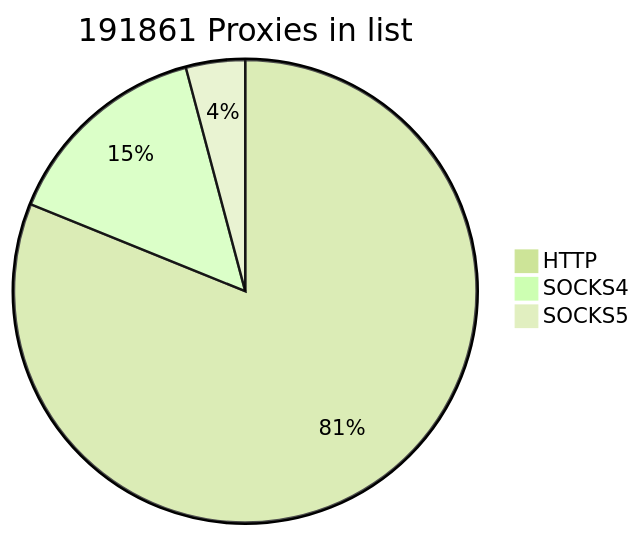
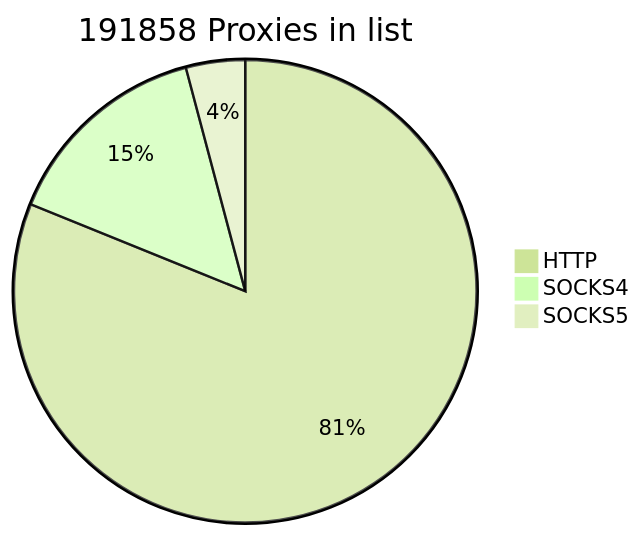
The first of 2 diagrams in README.md (cutipu/proxylist), drawn with Mermaid (forest theme) before and after one commit. The commit also changed other lines of this file, not shown here.

````diff
--- a/README.md
+++ b/README.md
@@ -2,7 +2,7 @@
 ```mermaid
-pie title 191861 Proxies in list
-    "HTTP" : 155662
-    "SOCKS4" : 28269
-    "SOCKS5" : 7930
+pie title 191858 Proxies in list
+    "HTTP" : 155660
+    "SOCKS4" : 28267
+    "SOCKS5" : 7931
             
 ```
````
